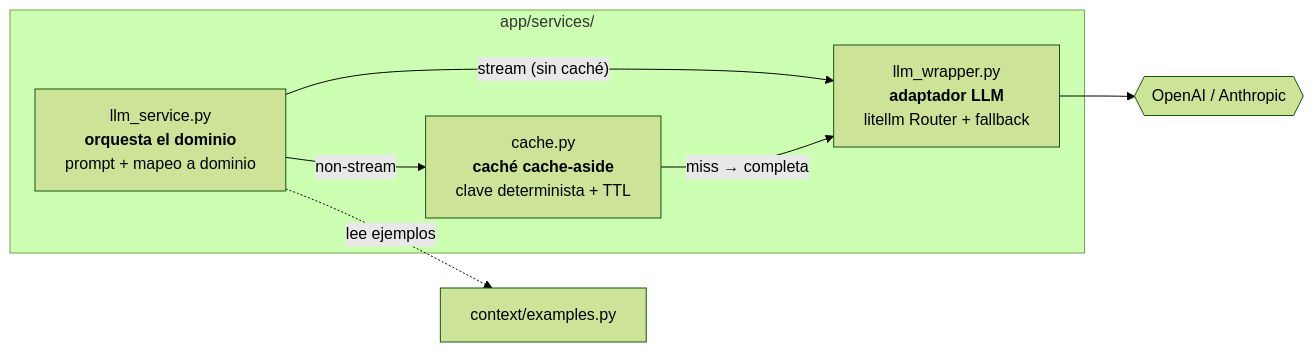
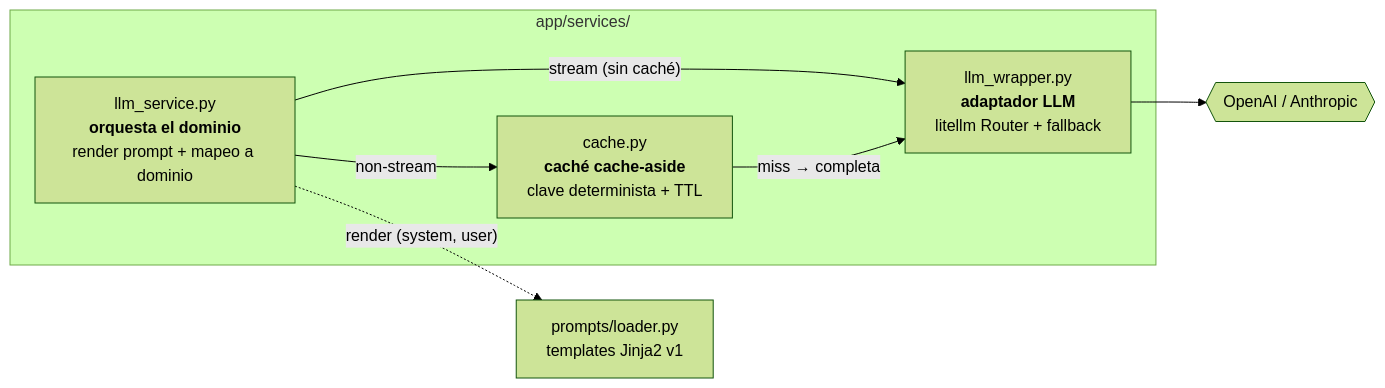
One commit to salvalcaraz080/LIDR-RAG-master changed the fourth of 11 diagrams in ARCHITECTURE.md. Above: the diagram before and after it, drawn with Mermaid (forest theme). The commit also changed other lines of this file and 2 other files, not shown here.

First line of the commit message:
docs: actualizar referencias al nuevo contrato y a la capa de prompts

````diff
--- a/ARCHITECTURE.md
+++ b/ARCHITECTURE.md
@@ -256,15 +270,15 @@
 ```mermaid
 flowchart LR
     subgraph services["app/services/"]
-        ls["llm_service.py<br/><b>orquesta el dominio</b><br/>prompt + mapeo a dominio"]
+        ls["llm_service.py<br/><b>orquesta el dominio</b><br/>render prompt + mapeo a dominio"]
         ca["cache.py<br/><b>caché cache-aside</b><br/>clave determinista + TTL"]
         lw["llm_wrapper.py<br/><b>adaptador LLM</b><br/>litellm Router + fallback"]
     end
-    ctx["context/examples.py"]
+    prompts["prompts/loader.py<br/>templates Jinja2 v1"]
 
     ls -->|"non-stream"| ca
     ls -->|"stream (sin caché)"| lw
-    ls -.->|"lee ejemplos"| ctx
+    ls -.->|"render (system, user)"| prompts
     ca -->|"miss → completa"| lw
     lw --> prov{{"OpenAI / Anthropic"}}
 ```
````
